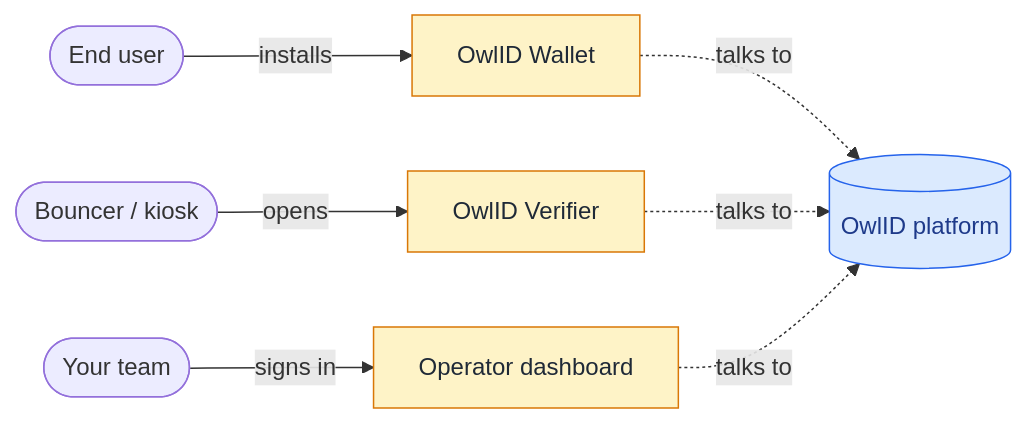
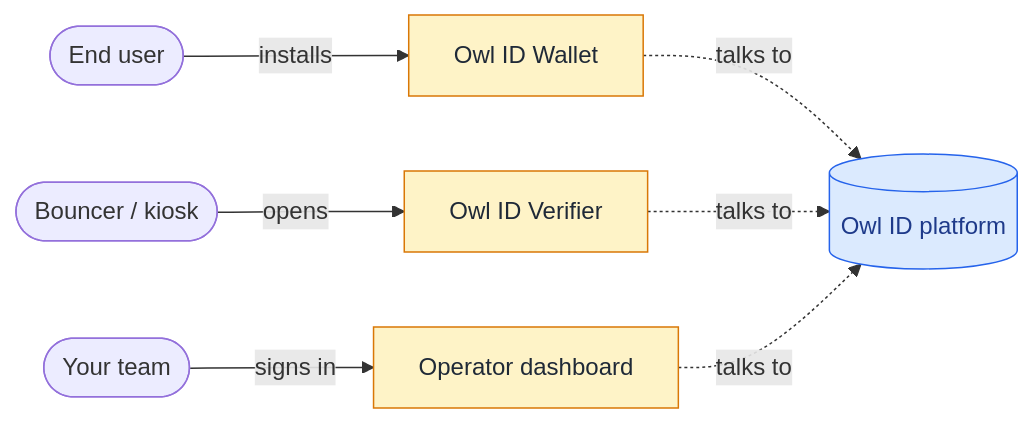
The diagram in packages/docs-site/docs/apps.md (TriplePlayLabs/OWLID_RELEASE), drawn with Mermaid before and after one commit. The commit also changed other lines of this file and 228 other files, not shown here.

````diff
--- a/packages/docs-site/docs/apps.md
+++ b/packages/docs-site/docs/apps.md
@@ -34,13 +34,13 @@
 ```mermaid
 flowchart LR
-    User(["End user"]) -->|installs| Wallet["OwlID Wallet"]:::app
-    Verifier(["Bouncer / kiosk"]) -->|opens| VerifierApp["OwlID Verifier"]:::app
+    User(["End user"]) -->|installs| Wallet["Owl ID Wallet"]:::app
+    Verifier(["Bouncer / kiosk"]) -->|opens| VerifierApp["Owl ID Verifier"]:::app
     Operator(["Your team"]) -->|signs in| Admin["Operator dashboard"]:::app
 
-    Wallet -.->|talks to| Owl[("OwlID platform")]:::svc
+    Wallet -.->|talks to| Owl[("Owl ID platform")]:::svc
     VerifierApp -.->|talks to| Owl
     Admin -.->|talks to| Owl
 
     classDef app fill:#fef3c7,stroke:#d97706,color:#1f2937
     classDef svc fill:#dbeafe,stroke:#2563eb,color:#1e3a8a
 ```
````
